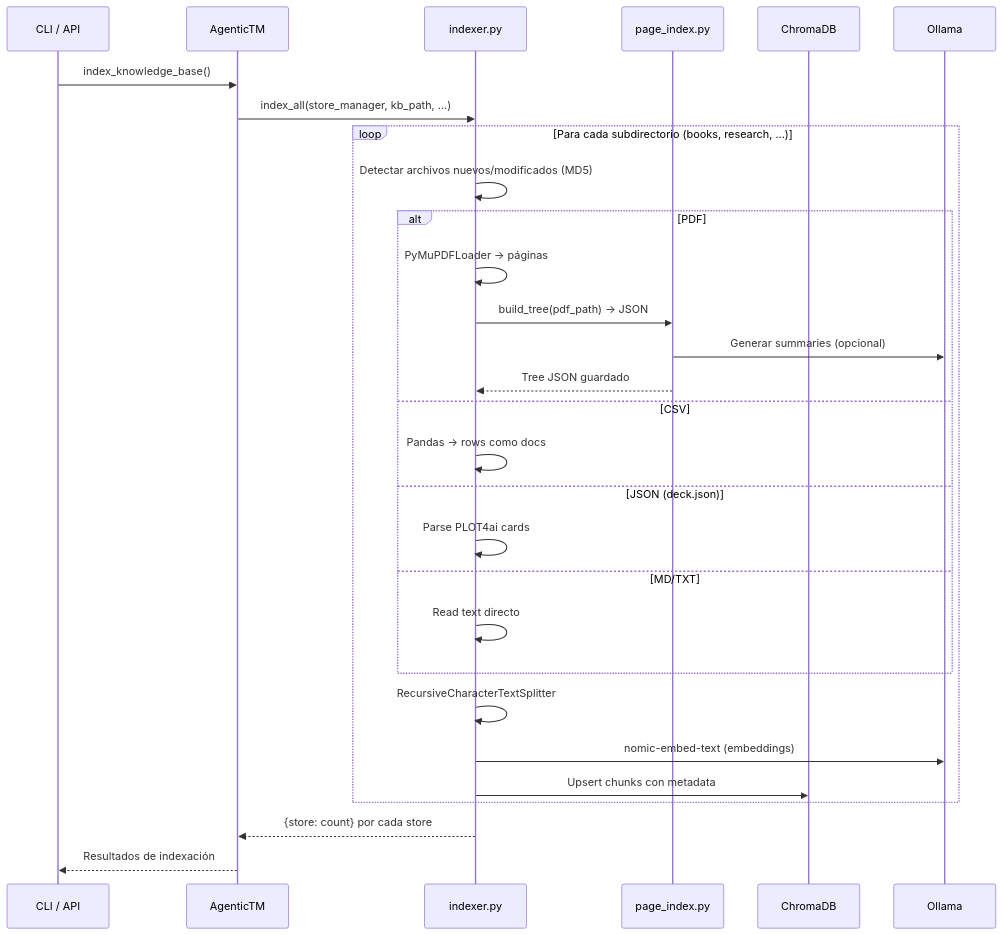
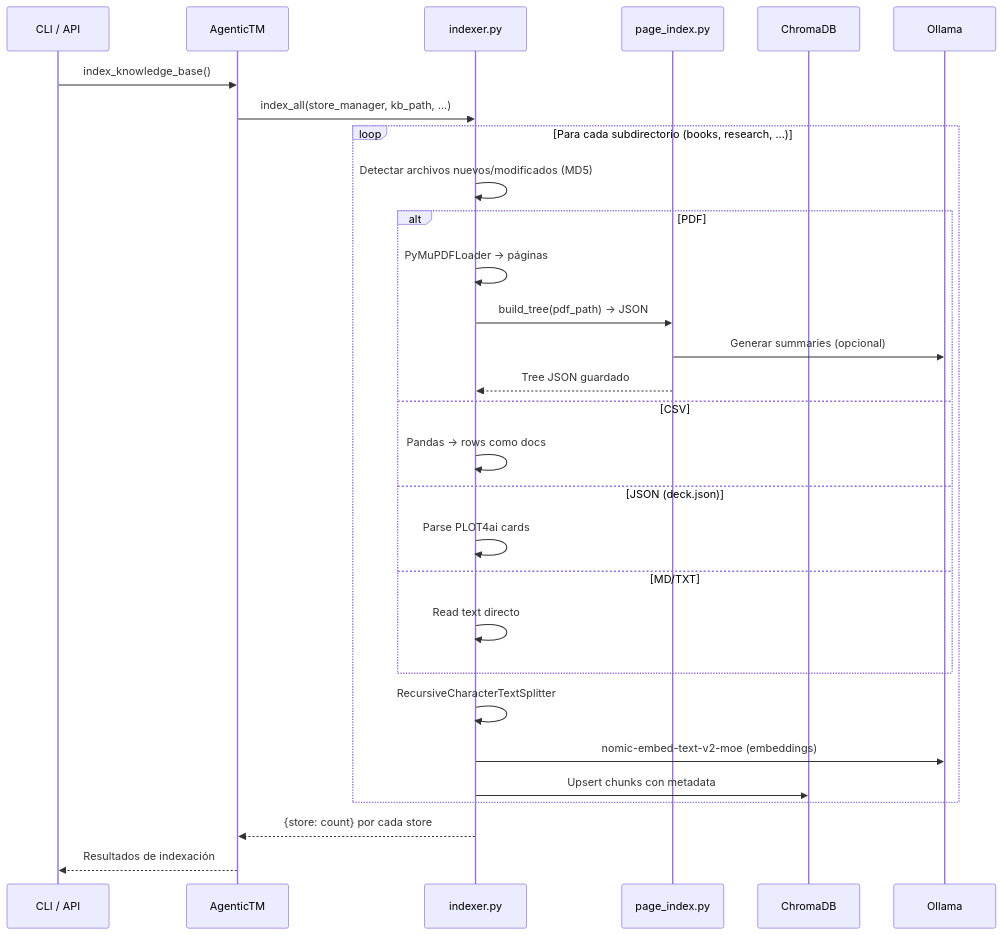
Before and after one commit to philocyber/agent-threat-modeler: the third of 3 diagrams in docs/05_sistema_rag.md, drawn with Mermaid. The commit also changed other lines of this file and 56 other files, not shown here.

````diff
--- a/docs/05_sistema_rag.md
+++ b/docs/05_sistema_rag.md
@@ -436,36 +436,36 @@
 ```mermaid
 sequenceDiagram
     participant CLI as CLI / API
     participant Core as AgenticTM
     participant Indexer as indexer.py
     participant PI as page_index.py
     participant Chroma as ChromaDB
     participant Ollama as Ollama
 
     CLI->>Core: index_knowledge_base()
     Core->>Indexer: index_all(store_manager, kb_path, ...)
     
     loop Para cada subdirectorio (books, research, ...)
         Indexer->>Indexer: Detectar archivos nuevos/modificados (MD5)
         
         alt PDF
             Indexer->>Indexer: PyMuPDFLoader → páginas
             Indexer->>PI: build_tree(pdf_path) → JSON
             PI->>Ollama: Generar summaries (opcional)
             PI-->>Indexer: Tree JSON guardado
         else CSV
             Indexer->>Indexer: Pandas → rows como docs
         else JSON (deck.json)
             Indexer->>Indexer: Parse PLOT4ai cards
         else MD/TXT
             Indexer->>Indexer: Read text directo
         end
         
         Indexer->>Indexer: RecursiveCharacterTextSplitter
-        Indexer->>Ollama: nomic-embed-text (embeddings)
+        Indexer->>Ollama: nomic-embed-text-v2-moe (embeddings)
         Indexer->>Chroma: Upsert chunks con metadata
     end
     
     Indexer-->>Core: {store: count} por cada store
     Core-->>CLI: Resultados de indexación
 ```
````
